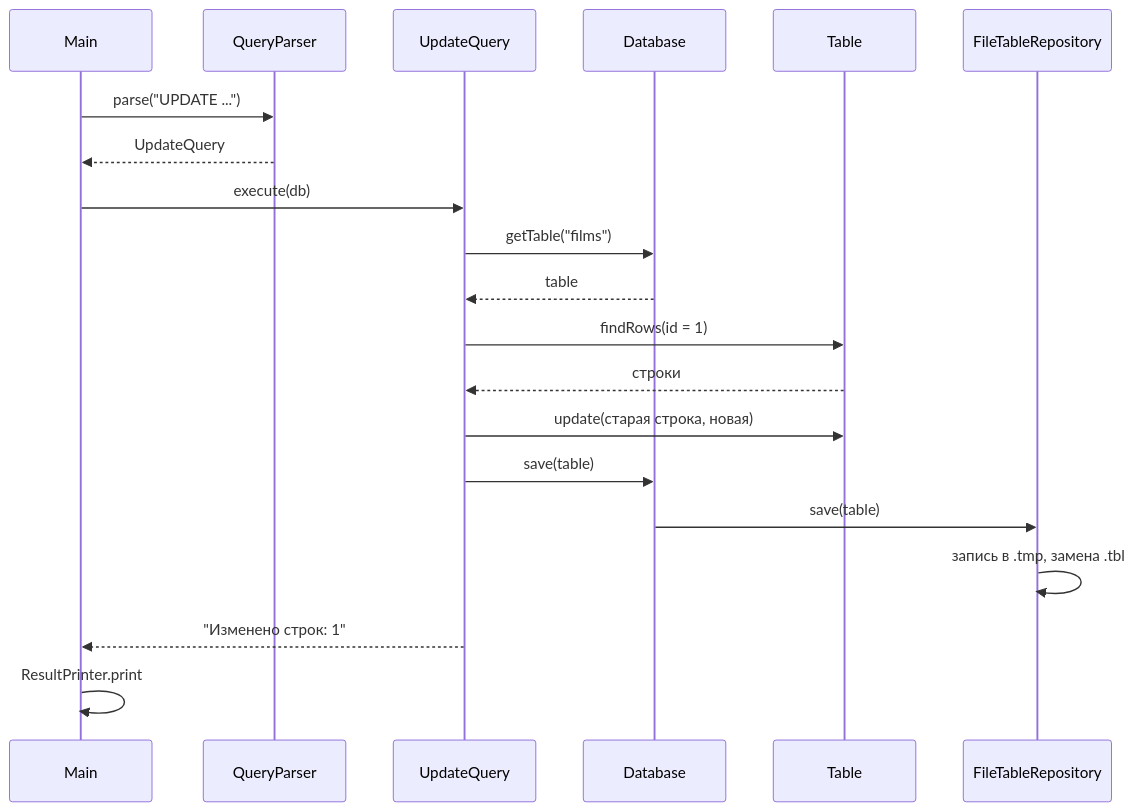
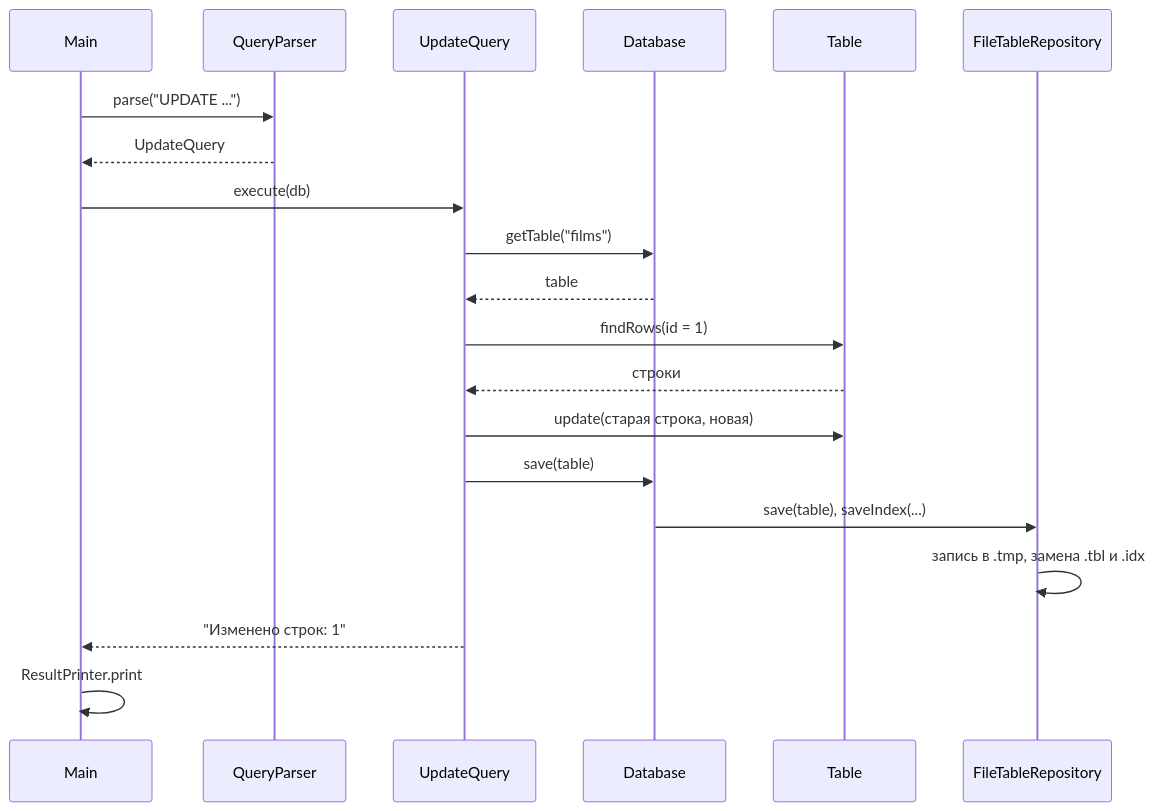
Before and after one commit to MuzykantR/simple-dbms: the second of 3 diagrams in README.md, drawn with Mermaid. The commit also changed other lines of this file and 2 other files, not shown here.

````diff
--- a/README.md
+++ b/README.md
@@ -154,23 +230,23 @@
 ```mermaid
 sequenceDiagram
     participant M as Main
     participant P as QueryParser
     participant Q as UpdateQuery
     participant D as Database
     participant T as Table
     participant R as FileTableRepository
 
     M->>P: parse("UPDATE ...")
     P-->>M: UpdateQuery
     M->>Q: execute(db)
     Q->>D: getTable("films")
     D-->>Q: table
     Q->>T: findRows(id = 1)
     T-->>Q: строки
     Q->>T: update(старая строка, новая)
     Q->>D: save(table)
-    D->>R: save(table)
-    R->>R: запись в .tmp, замена .tbl
+    D->>R: save(table), saveIndex(...)
+    R->>R: запись в .tmp, замена .tbl и .idx
     Q-->>M: "Изменено строк: 1"
     M->>M: ResultPrinter.print
 ```
````
